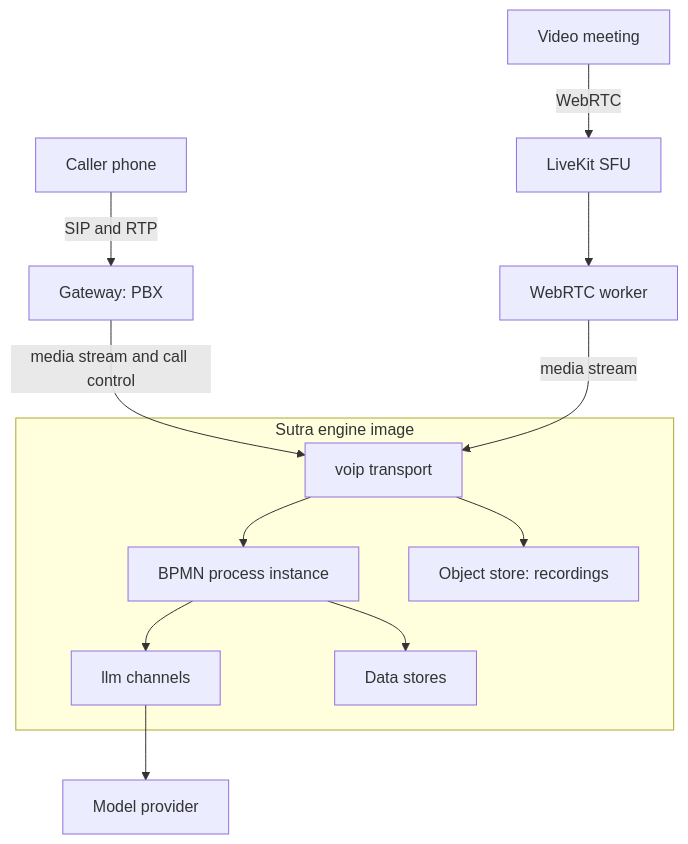
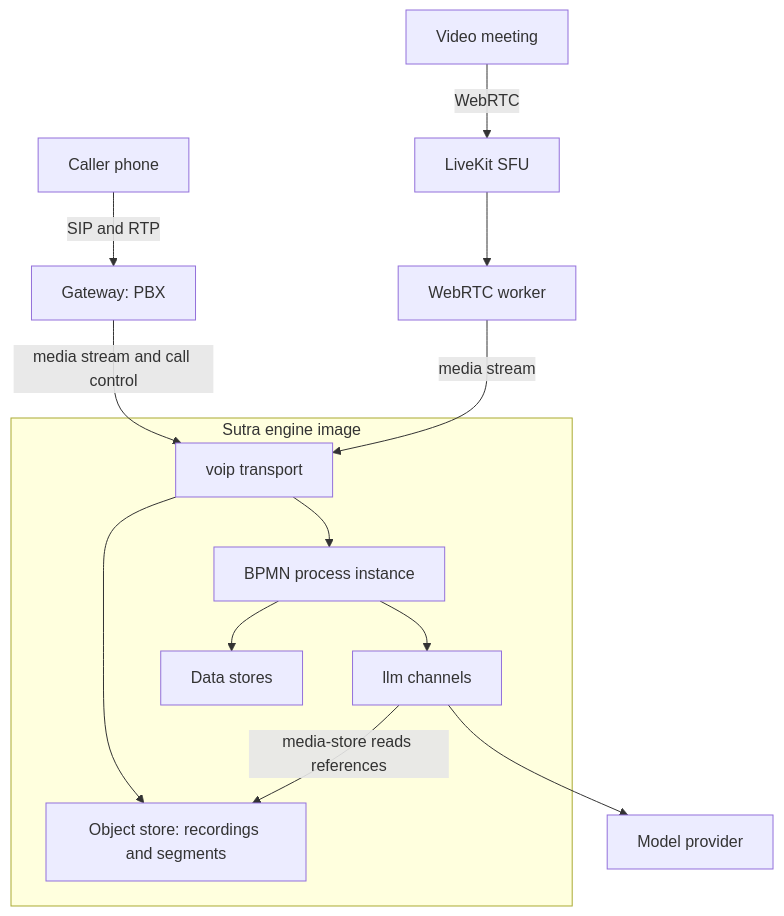
The diagram in docs/src/architecture/overview.md (startr-trade/sutra-voice), drawn with Mermaid before and after one commit. The commit also changed other lines of this file and 15 other files, not shown here.

````diff
--- a/docs/src/architecture/overview.md
+++ b/docs/src/architecture/overview.md
@@ -23,15 +24,16 @@
 ```mermaid
 flowchart TB
     Caller[Caller phone] -->|SIP and RTP| PBX[Gateway: PBX]
     Room[Video meeting] -->|WebRTC| SFU[LiveKit SFU]
     SFU --> Worker[WebRTC worker]
     PBX -->|media stream and call control| Voip
     Worker -->|media stream| Voip
     subgraph Engine[Sutra engine image]
         Voip[voip transport] --> Flow[BPMN process instance]
         Flow --> LLM[llm channels]
         Flow --> Store[Data stores]
-        Voip --> Obj[Object store: recordings]
+        Voip --> Obj[Object store: recordings and segments]
+        LLM -->|media-store reads references| Obj
     end
     LLM --> Model[Model provider]
 ```
````
